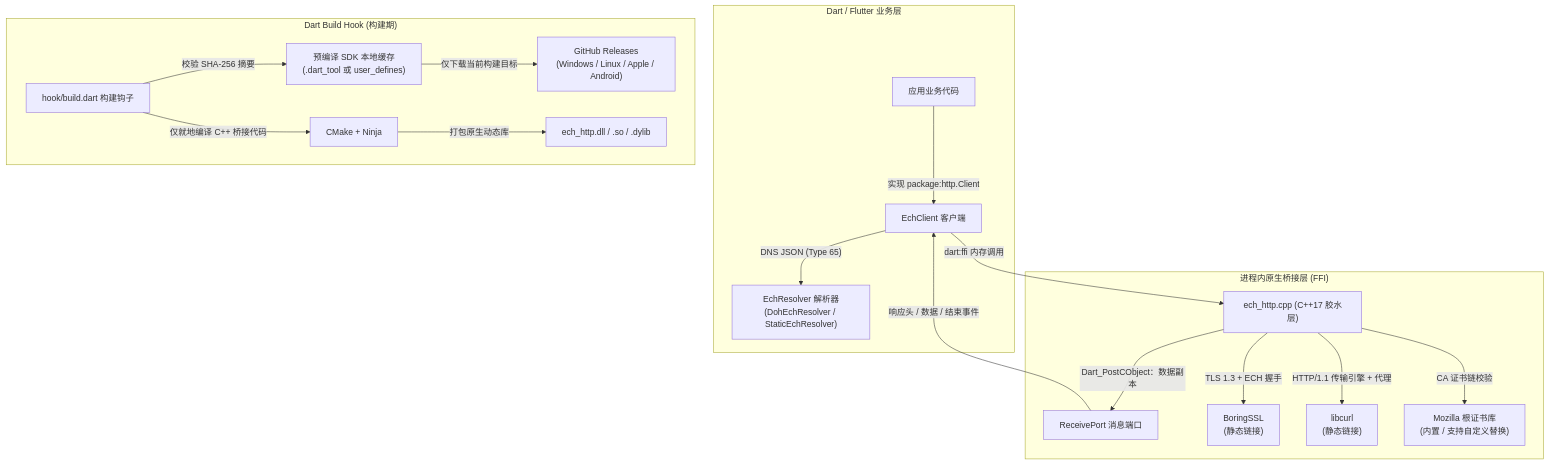
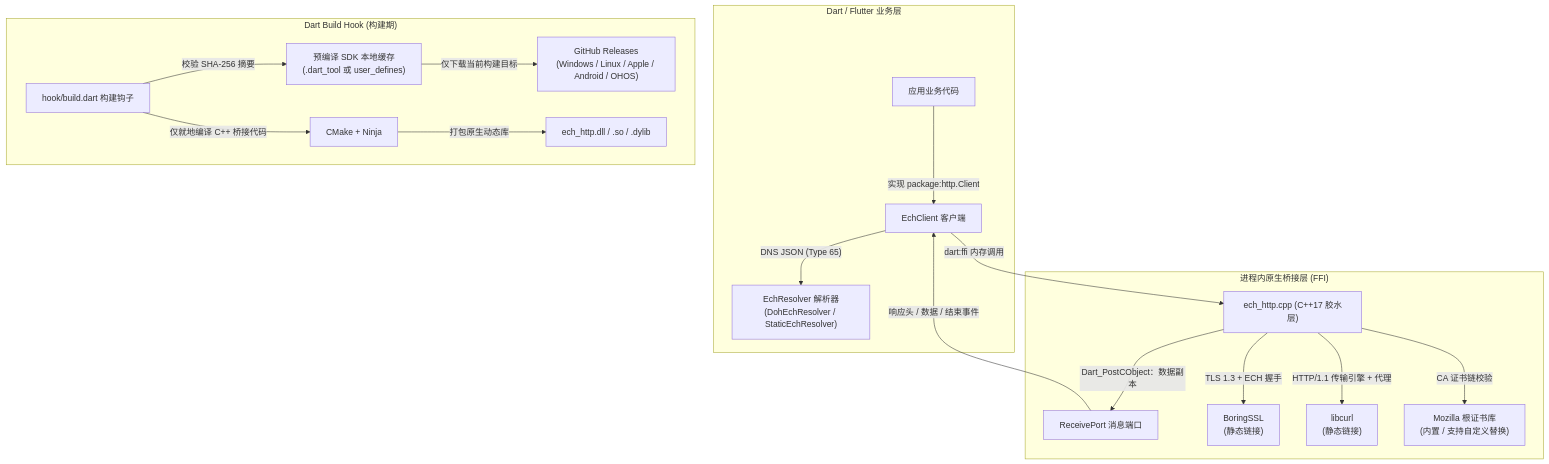
The diagram in README.zh-CN.md (ech-research/ech_http), drawn with Mermaid before and after one commit. The commit also changed other lines of this file and 23 other files, not shown here.

````diff
--- a/README.zh-CN.md
+++ b/README.zh-CN.md
@@ -19,23 +19,23 @@
 ```mermaid
 flowchart TD
     subgraph DartApp["Dart / Flutter 业务层"]
         Consumer["应用业务代码"] -->|"实现 package:http.Client"| EchClient["EchClient 客户端"]
         EchClient -->|"DNS JSON (Type 65)"| Resolver["EchResolver 解析器\n(DohEchResolver / StaticEchResolver)"]
     end
 
     subgraph NativeBridge["进程内原生桥接层 (FFI)"]
         EchClient -->|"dart:ffi 内存调用"| Bridge["ech_http.cpp (C++17 胶水层)"]
         Bridge -->|"Dart_PostCObject：数据副本"| Events["ReceivePort 消息端口"]
         Events -->|"响应头 / 数据 / 结束事件"| EchClient
         Bridge -->|"TLS 1.3 + ECH 握手"| BoringSSL["BoringSSL\n(静态链接)"]
         Bridge -->|"HTTP/1.1 传输引擎 + 代理"| Libcurl["libcurl\n(静态链接)"]
         Bridge -->|"CA 证书链校验"| MozRoots["Mozilla 根证书库\n(内置 / 支持自定义替换)"]
     end
 
     subgraph BuildSystem["Dart Build Hook (构建期)"]
         Hook["hook/build.dart 构建钩子"] -->|"校验 SHA-256 摘要"| SDKCache["预编译 SDK 本地缓存\n(.dart_tool 或 user_defines)"]
-        SDKCache -->|"仅下载当前构建目标"| PrebuiltRepo["GitHub Releases\n(Windows / Linux / Apple / Android)"]
+        SDKCache -->|"仅下载当前构建目标"| PrebuiltRepo["GitHub Releases\n(Windows / Linux / Apple / Android / OHOS)"]
         Hook -->|"仅就地编译 C++ 桥接代码"| CMakeNinja["CMake + Ninja"]
         CMakeNinja -->|"打包原生动态库"| OutputLib["ech_http.dll / .so / .dylib"]
     end
 ```
````
